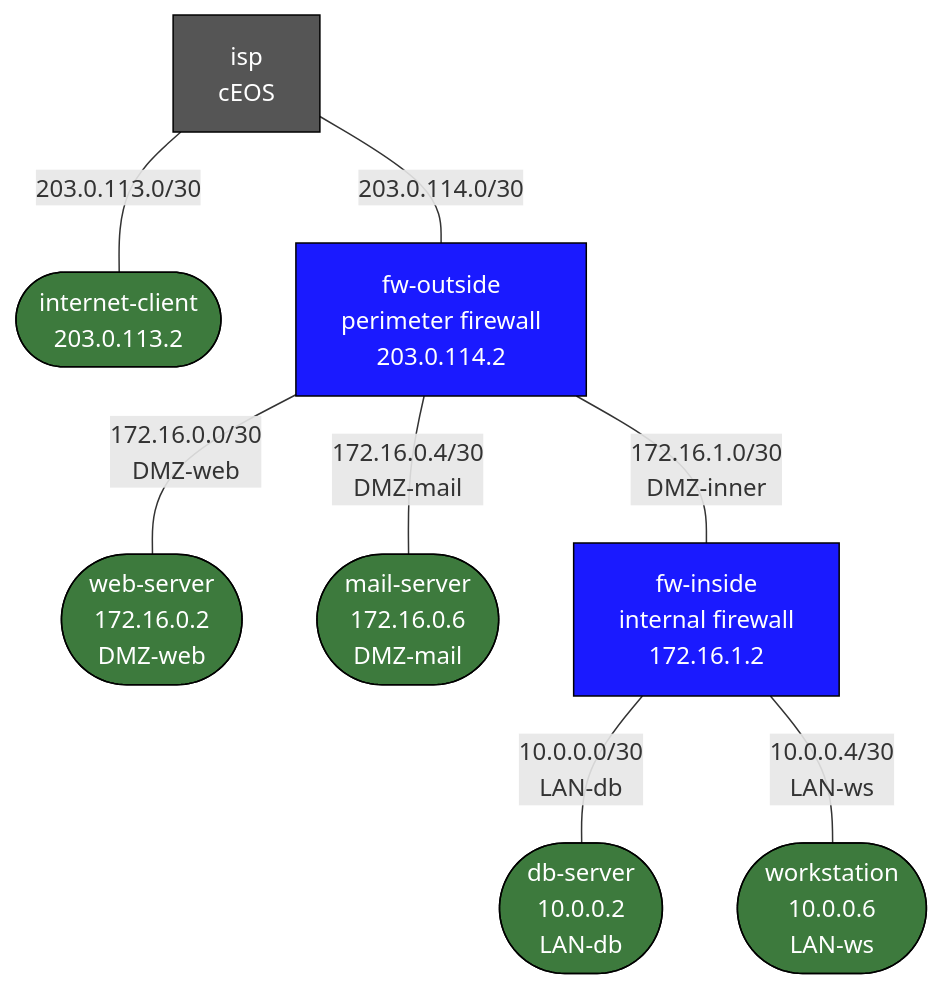
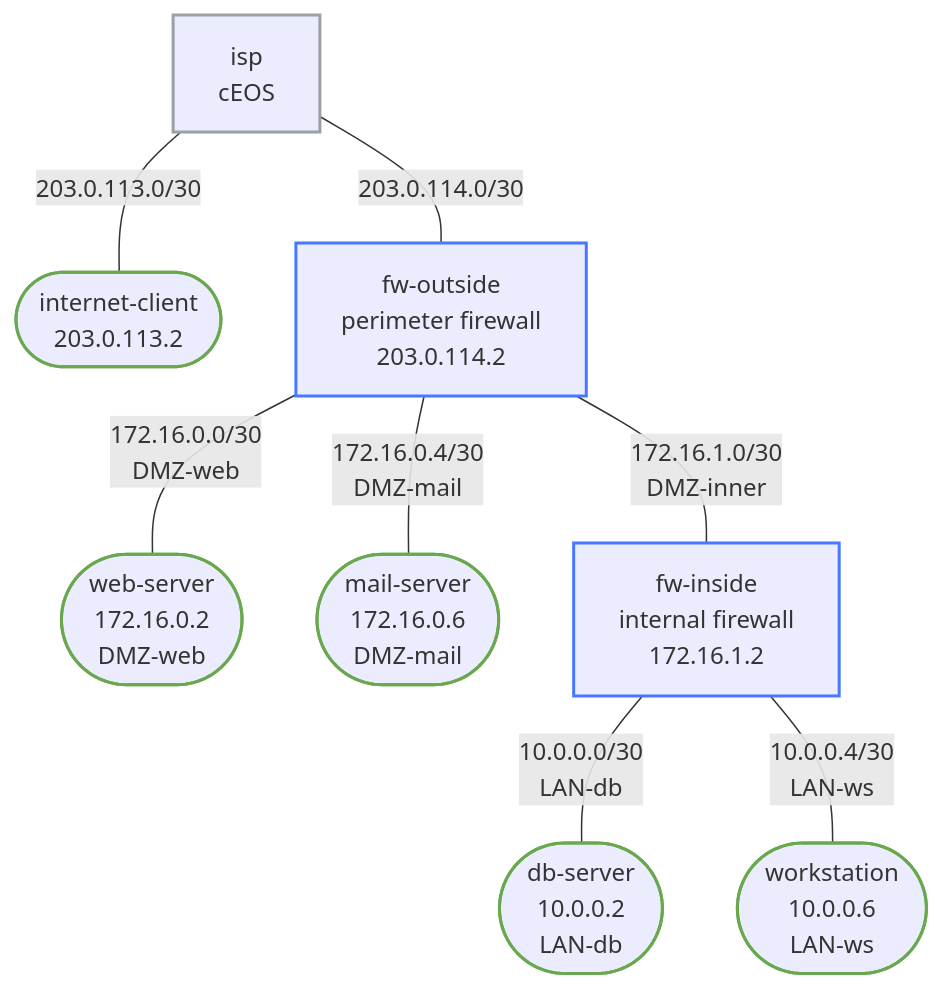
The first of 2 diagrams in labs/enterprise-dmz/README.md (jschless/networkingLabs), drawn with Mermaid before and after one commit. The commit also changed other lines of this file and 250 other files, not shown here.

Commit message:
Fix unreadable topology diagrams, convert ASCII art, publish assessments (#57)

````diff
--- a/labs/enterprise-dmz/README.md
+++ b/labs/enterprise-dmz/README.md
@@ -15,28 +15,28 @@
 ```mermaid
 flowchart TB
-    isp["isp\ncEOS"]
-    iclient(["internet-client\n203.0.113.2"])
-    fwout["fw-outside\nperimeter firewall\n203.0.114.2"]
-    web(["web-server\n172.16.0.2\nDMZ-web"])
-    mail(["mail-server\n172.16.0.6\nDMZ-mail"])
-    fwin["fw-inside\ninternal firewall\n172.16.1.2"]
-    db(["db-server\n10.0.0.2\nLAN-db"])
-    ws(["workstation\n10.0.0.6\nLAN-ws"])
+    isp["isp<br/>cEOS"]
+    iclient(["internet-client<br/>203.0.113.2"])
+    fwout["fw-outside<br/>perimeter firewall<br/>203.0.114.2"]
+    web(["web-server<br/>172.16.0.2<br/>DMZ-web"])
+    mail(["mail-server<br/>172.16.0.6<br/>DMZ-mail"])
+    fwin["fw-inside<br/>internal firewall<br/>172.16.1.2"]
+    db(["db-server<br/>10.0.0.2<br/>LAN-db"])
+    ws(["workstation<br/>10.0.0.6<br/>LAN-ws"])
 
     isp -- "203.0.113.0/30" --- iclient
     isp -- "203.0.114.0/30" --- fwout
-    fwout -- "172.16.0.0/30\nDMZ-web" --- web
-    fwout -- "172.16.0.4/30\nDMZ-mail" --- mail
-    fwout -- "172.16.1.0/30\nDMZ-inner" --- fwin
-    fwin -- "10.0.0.0/30\nLAN-db" --- db
-    fwin -- "10.0.0.4/30\nLAN-ws" --- ws
+    fwout -- "172.16.0.0/30<br/>DMZ-web" --- web
+    fwout -- "172.16.0.4/30<br/>DMZ-mail" --- mail
+    fwout -- "172.16.1.0/30<br/>DMZ-inner" --- fwin
+    fwin -- "10.0.0.0/30<br/>LAN-db" --- db
+    fwin -- "10.0.0.4/30<br/>LAN-ws" --- ws
 
-    classDef router fill:#1a1aff,color:#fff,stroke:#000
-    classDef host   fill:#3d7a3d,color:#fff,stroke:#000
-    classDef isp    fill:#555,color:#fff,stroke:#000
-    classDef wan    fill:#ccc,color:#000,stroke:#666,stroke-dasharray:5
+    classDef router stroke:#4778ff,stroke-width:2px
+    classDef host stroke:#6aa84f,stroke-width:2px
+    classDef isp stroke:#9aa0a6,stroke-width:2px
+    classDef wan stroke:#b0b6bc,stroke-width:2px,stroke-dasharray:5
 
     class isp isp
     class fwout,fwin router
     class iclient,web,mail,db,ws host
 ```
````
